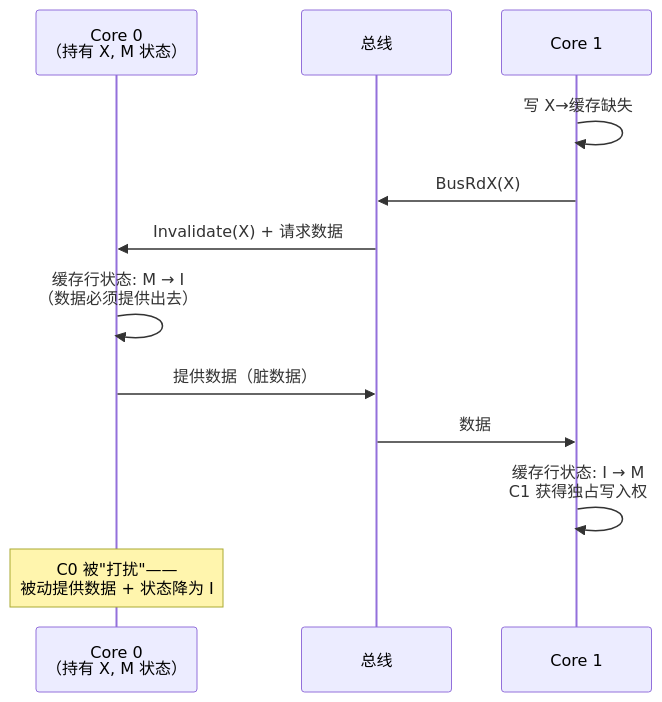
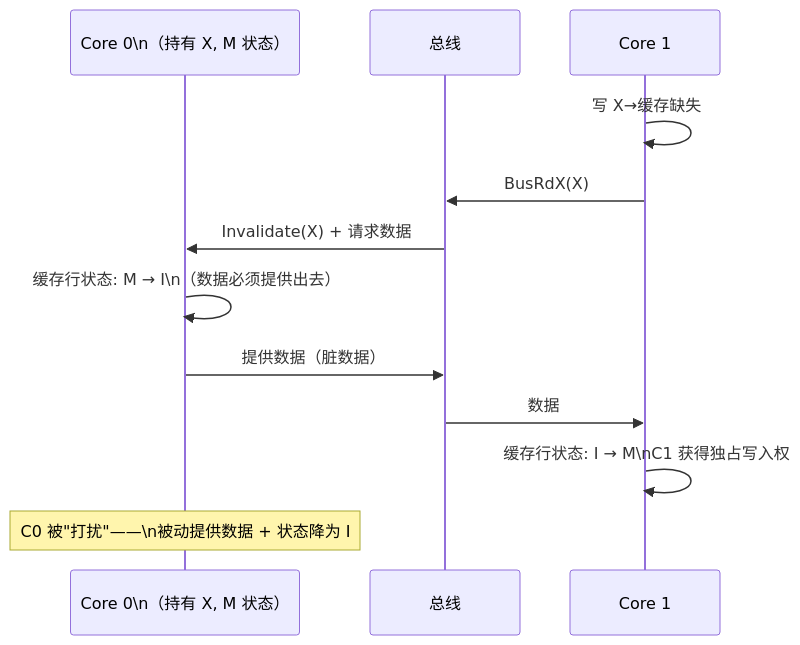
Before and after one commit to yaocat55/yaocat55.github.io: the sixth of 11 diagrams in content/posts/concurrency/MesiAndJmm.md, drawn with Mermaid. The commit also changed other lines of this file and 155 other files, not shown here.

````diff
--- a/content/posts/concurrency/MesiAndJmm.md
+++ b/content/posts/concurrency/MesiAndJmm.md
@@ -326,15 +340,15 @@
 ```mermaid
 sequenceDiagram
-    participant C0 as Core 0<br/>（持有 X, M 状态）
+    participant C0 as Core 0\n（持有 X, M 状态）
     participant BUS as 总线
     participant C1 as Core 1
 
     C1->>C1: 写 X→缓存缺失
     C1->>BUS: BusRdX(X)
     BUS->>C0: Invalidate(X) + 请求数据
-    C0->>C0: 缓存行状态: M → I<br/>（数据必须提供出去）
+    C0->>C0: 缓存行状态: M → I\n（数据必须提供出去）
     C0->>BUS: 提供数据（脏数据）
     BUS->>C1: 数据
-    C1->>C1: 缓存行状态: I → M<br/>C1 获得独占写入权
-    Note over C0: C0 被"打扰"——<br/>被动提供数据 + 状态降为 I
+    C1->>C1: 缓存行状态: I → M\nC1 获得独占写入权
+    Note over C0: C0 被"打扰"——\n被动提供数据 + 状态降为 I
 ```
````
